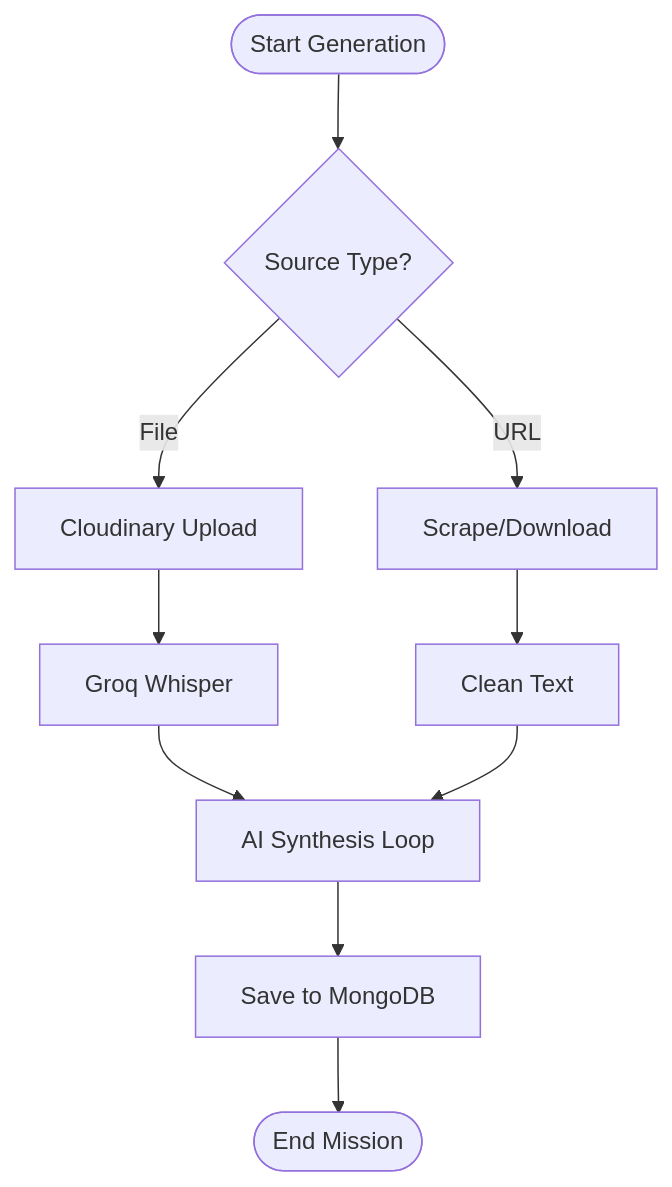
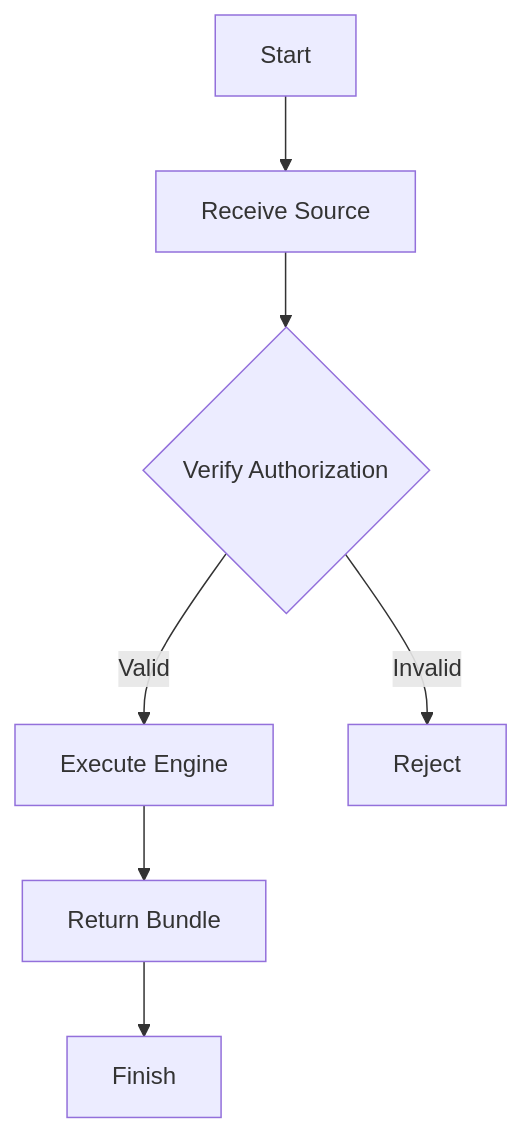
Before and after one commit to naresh-rn/echoly: diagram 20 of 20 in ALL_DIAGRAMS.md, drawn with Mermaid. The commit also changed other lines of this file and 1 other file, not shown here.

Commit message:
docs: repair diagram rendering and finalize comprehensive architecture dossier

````diff
--- a/ALL_DIAGRAMS.md
+++ b/ALL_DIAGRAMS.md
@@ -449,12 +442,9 @@
 ```mermaid
 flowchart TD
-    Start([Start Generation]) --> CheckSource{Source Type?}
-    CheckSource -->|File| Upload[Cloudinary Upload]
-    CheckSource -->|URL| Scrape[Scrape/Download]
-    Upload --> Transcript[Groq Whisper]
-    Scrape --> Text[Clean Text]
-    Transcript --> AI[AI Synthesis Loop]
-    Text --> AI
-    AI --> Save[Save to MongoDB]
-    Save --> End([End Mission])
+    A[Start] --> B[Receive Source]
+    B --> C{Verify Authorization}
+    C -- Valid --> D[Execute Engine]
+    C -- Invalid --> E[Reject]
+    D --> F[Return Bundle]
+    F --> G[Finish]
 ```
````
